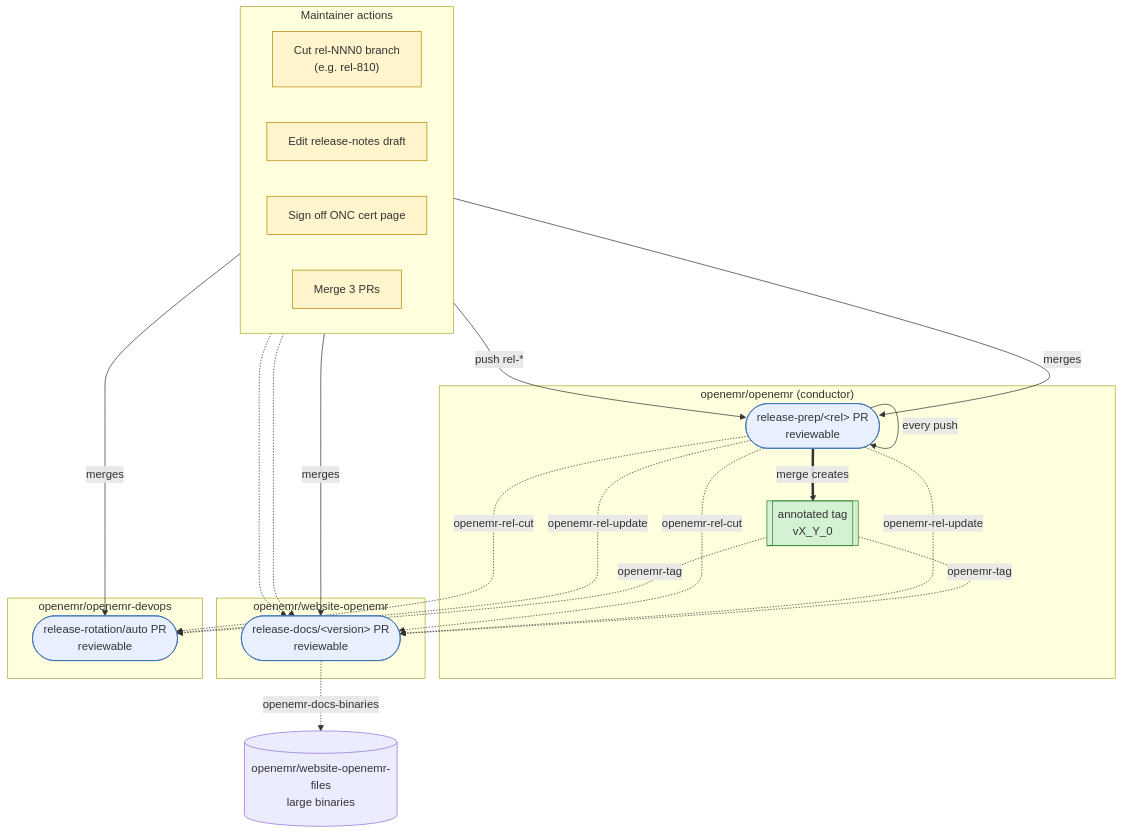
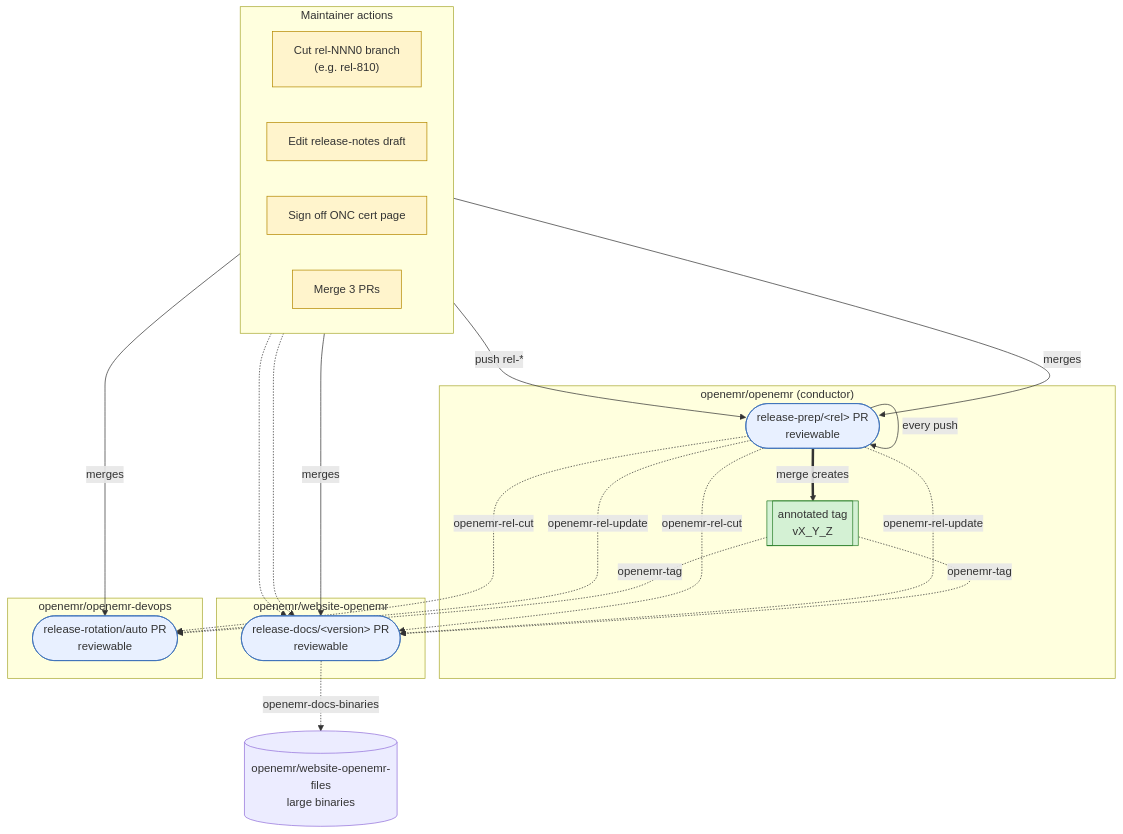
The diagram in docs/RELEASE_PROCESS.md (openemr/openemr), drawn with Mermaid before and after one commit. The commit also changed other lines of this file, not shown here.

Commit message:
docs(release): clarify tag pattern and TagVerifier checks

````diff
--- a/docs/RELEASE_PROCESS.md
+++ b/docs/RELEASE_PROCESS.md
@@ -20,50 +20,50 @@
 ```mermaid
 flowchart TB
     subgraph manual["Maintainer actions"]
         direction LR
         cut["Cut rel-NNN0 branch<br/>(e.g. rel-810)"]
         edit["Edit release-notes draft"]
         sign["Sign off ONC cert page"]
         merge["Merge 3 PRs"]
     end
 
     subgraph oe["openemr/openemr (conductor)"]
         prepPR(["release-prep/&lt;rel&gt; PR<br/>reviewable"])
-        tag[["annotated tag<br/>vX_Y_0"]]
+        tag[["annotated tag<br/>vX_Y_Z"]]
     end
 
     subgraph wo["openemr/website-openemr"]
         docsPR(["release-docs/&lt;version&gt; PR<br/>reviewable"])
     end
 
     wof[("openemr/website-openemr-files<br/>large binaries")]
 
     subgraph od["openemr/openemr-devops"]
         infraPR(["release-rotation/auto PR<br/>reviewable"])
     end
 
     cut -->|push rel-*| prepPR
     prepPR -->|every push| prepPR
     edit -.-> docsPR
     sign -.-> docsPR
     merge -->|merges| prepPR
     merge -->|merges| docsPR
     merge -->|merges| infraPR
 
     prepPR ==>|merge creates| tag
 
     prepPR -. openemr-rel-cut .-> docsPR
     prepPR -. openemr-rel-update .-> docsPR
     prepPR -. openemr-rel-cut .-> infraPR
     prepPR -. openemr-rel-update .-> infraPR
     tag -. openemr-tag .-> docsPR
     tag -. openemr-tag .-> infraPR
     docsPR -. openemr-docs-binaries .-> wof
 
     classDef manualStep fill:#fff4cc,stroke:#b58900
     classDef autoArtifact fill:#e8f0ff,stroke:#3b6fb8
     classDef autoTag fill:#d4f1d4,stroke:#2a7f2a
     class cut,edit,sign,merge manualStep
     class prepPR,docsPR,infraPR autoArtifact
     class tag autoTag
 ```
````
